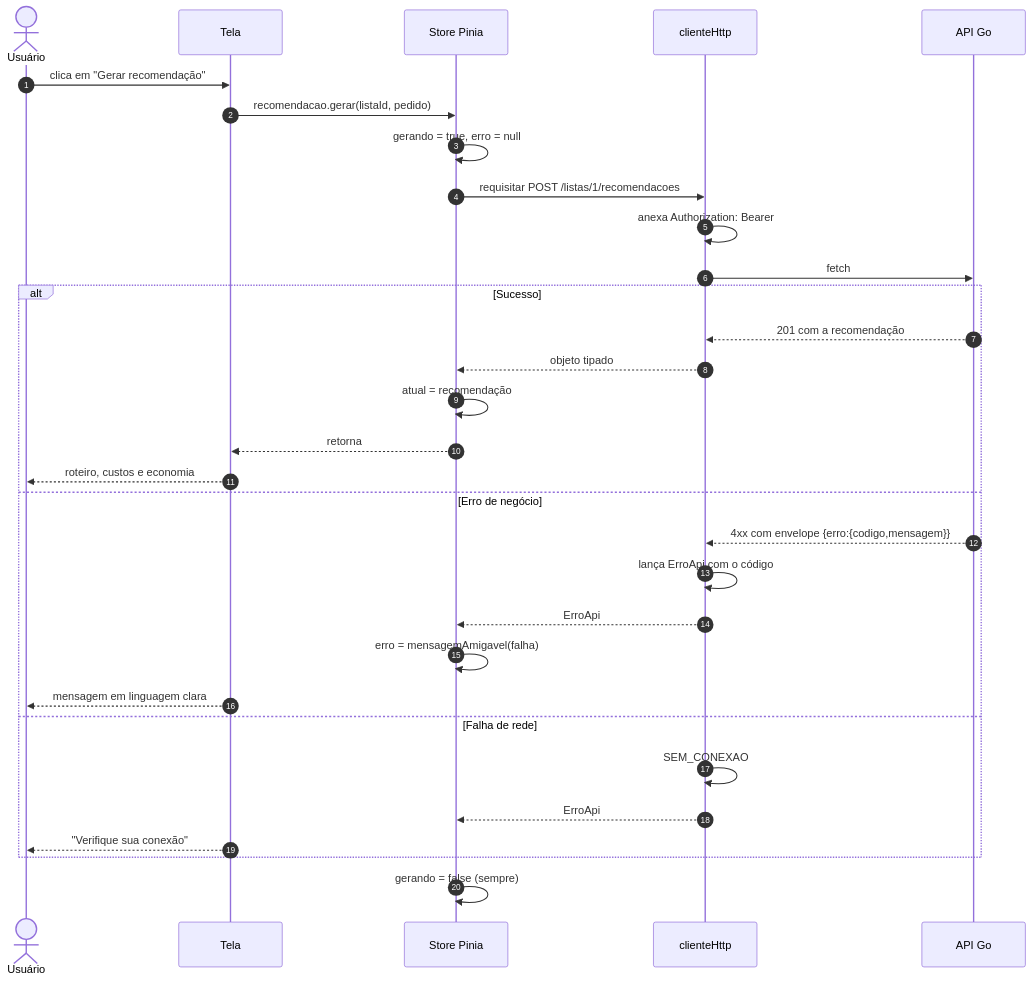
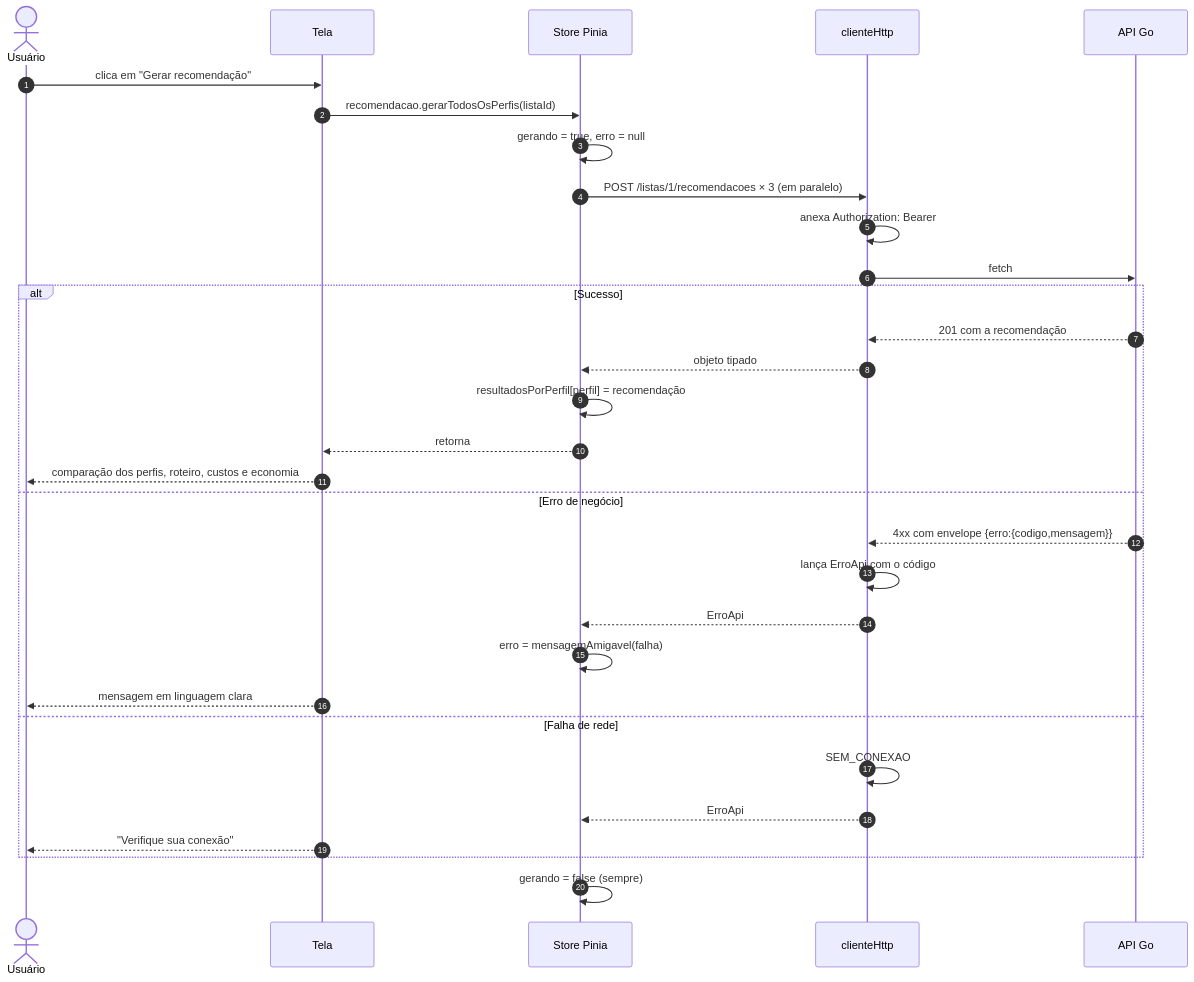
Before and after one commit to chroanz/sad-tcc: the first of 3 diagrams in pwa/docs/estado-e-api.md, drawn with Mermaid. The commit also changed other lines of this file and 32 other files, not shown here.

````diff
--- a/pwa/docs/estado-e-api.md
+++ b/pwa/docs/estado-e-api.md
@@ -18,34 +30,34 @@
 ```mermaid
 sequenceDiagram
     autonumber
     actor U as Usuário
     participant T as Tela
     participant S as Store Pinia
     participant C as clienteHttp
     participant API as API Go
 
     U->>T: clica em "Gerar recomendação"
-    T->>S: recomendacao.gerar(listaId, pedido)
+    T->>S: recomendacao.gerarTodosOsPerfis(listaId)
     S->>S: gerando = true, erro = null
-    S->>C: requisitar POST /listas/1/recomendacoes
+    S->>C: POST /listas/1/recomendacoes × 3 (em paralelo)
     C->>C: anexa Authorization: Bearer
     C->>API: fetch
     alt Sucesso
         API-->>C: 201 com a recomendação
         C-->>S: objeto tipado
-        S->>S: atual = recomendação
+        S->>S: resultadosPorPerfil[perfil] = recomendação
         S-->>T: retorna
-        T-->>U: roteiro, custos e economia
+        T-->>U: comparação dos perfis, roteiro, custos e economia
     else Erro de negócio
         API-->>C: 4xx com envelope {erro:{codigo,mensagem}}
         C->>C: lança ErroApi com o código
         C-->>S: ErroApi
         S->>S: erro = mensagemAmigavel(falha)
         T-->>U: mensagem em linguagem clara
     else Falha de rede
         C->>C: SEM_CONEXAO
         C-->>S: ErroApi
         T-->>U: "Verifique sua conexão"
     end
     S->>S: gerando = false (sempre)
 ```
````
